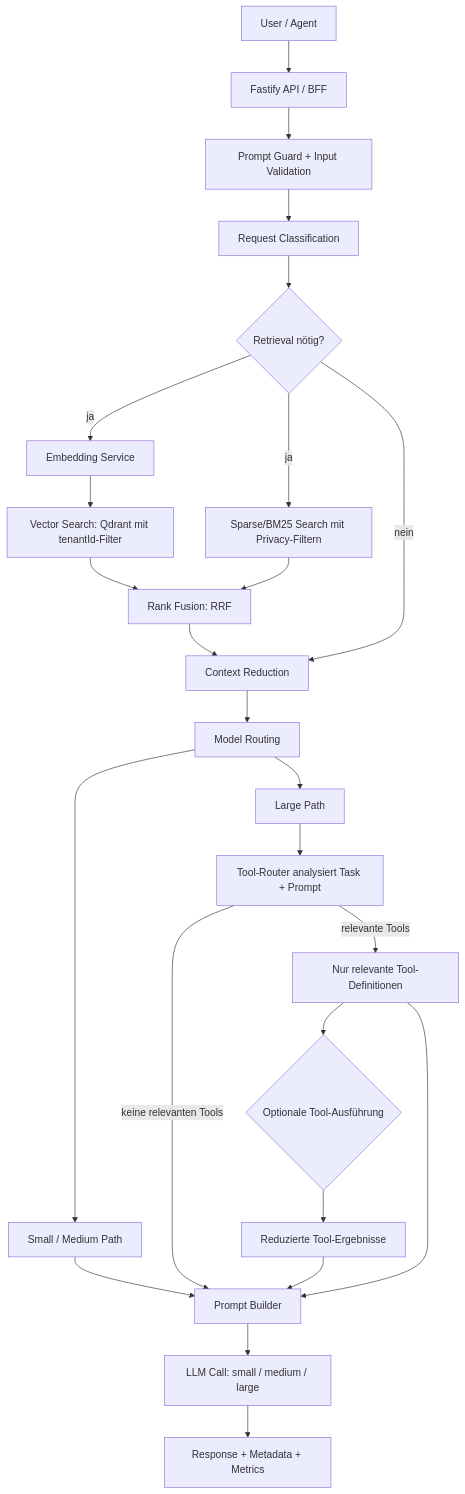
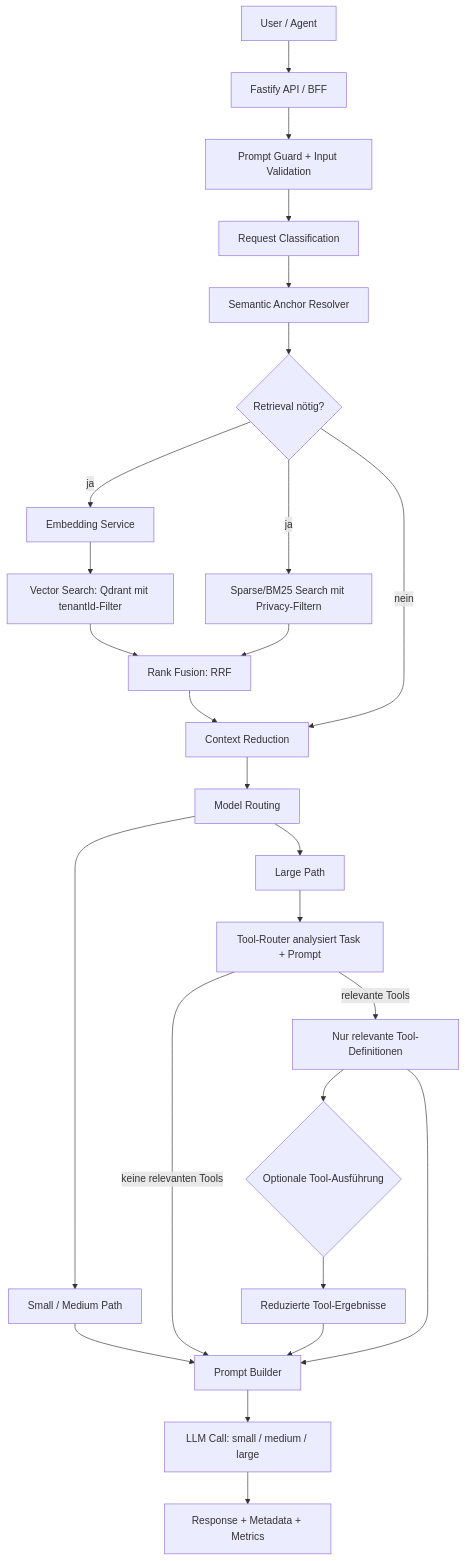
The diagram in README.md (jan-philippvieth-svg/ai-agent-orchestrator-backend), drawn with Mermaid before and after one commit. The commit also changed other lines of this file and 30 other files, not shown here.

Commit message:
Add semantic anchor layer

````diff
--- a/README.md
+++ b/README.md
@@ -13,27 +13,28 @@
 ```mermaid
 flowchart TD
   User["User / Agent"] --> API["Fastify API / BFF"]
   API --> Guard["Prompt Guard + Input Validation"]
   Guard --> Classifier["Request Classification"]
-  Classifier --> Retrieval{"Retrieval nötig?"}
+  Classifier --> Anchors["Semantic Anchor Resolver"]
+  Anchors --> Retrieval{"Retrieval nötig?"}
   Retrieval -- ja --> Embed["Embedding Service"]
   Embed --> VectorSearch["Vector Search: Qdrant mit tenantId-Filter"]
   Retrieval -- ja --> SparseSearch["Sparse/BM25 Search mit Privacy-Filtern"]
   VectorSearch --> RankFusion["Rank Fusion: RRF"]
   SparseSearch --> RankFusion
   RankFusion --> Context["Context Reduction"]
   Retrieval -- nein --> Context
   Context --> Router["Model Routing"]
   Router --> SmallPath["Small / Medium Path"]
   Router --> LargePath["Large Path"]
   LargePath --> ToolRouter["Tool-Router analysiert Task + Prompt"]
   ToolRouter -- "keine relevanten Tools" --> Prompt
   ToolRouter -- "relevante Tools" --> ToolList["Nur relevante Tool-Definitionen"]
   ToolList --> ToolRegistry{"Optionale Tool-Ausführung"}
   ToolRegistry --> ToolResults["Reduzierte Tool-Ergebnisse"]
   SmallPath --> Prompt["Prompt Builder"]
   ToolList --> Prompt
   ToolResults --> Prompt
   Prompt --> LLM["LLM Call: small / medium / large"]
   LLM --> Response["Response + Metadata + Metrics"]
 ```
````
